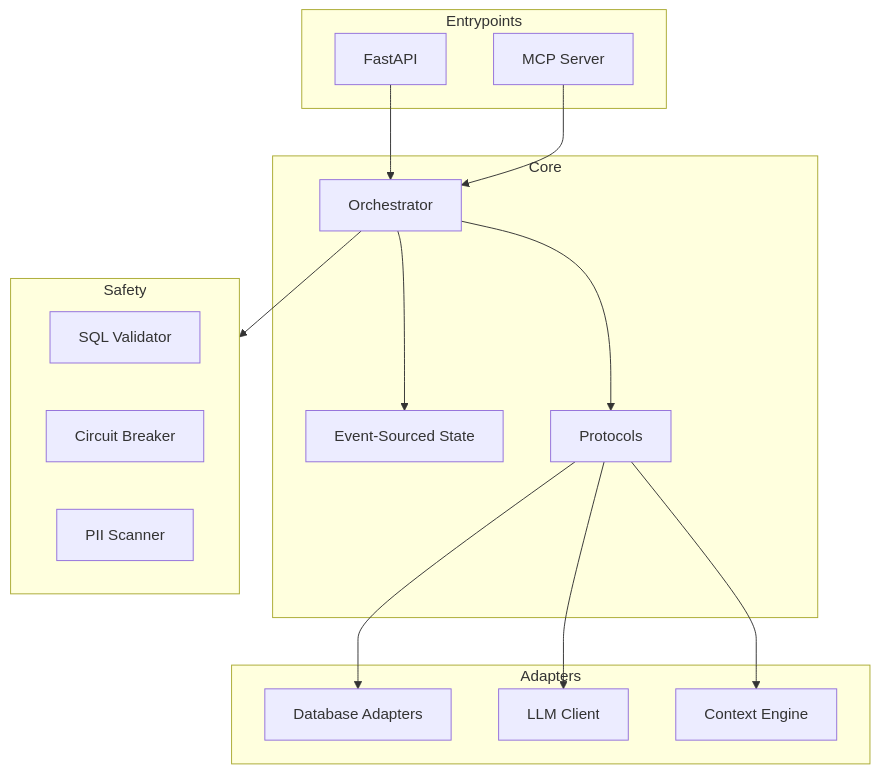
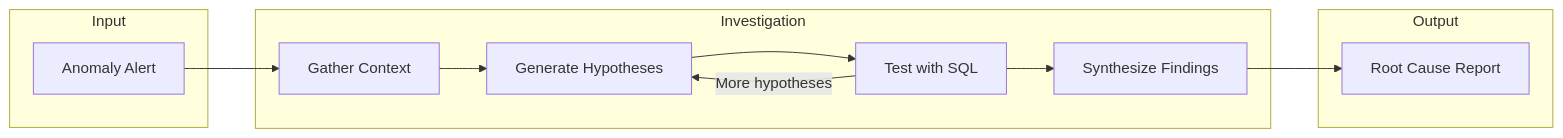
One commit to bordumb/dataing changed the diagram in docs/docs/index.md. Above: the diagram before and after it, drawn with Mermaid. The commit also changed other lines of this file and 3 other files, not shown here.

````diff
--- a/docs/docs/index.md
+++ b/docs/docs/index.md
@@ -20,34 +38,25 @@
 ```mermaid
-graph TB
-    subgraph Entrypoints
-        API[FastAPI]
-        MCP[MCP Server]
+flowchart LR
+    subgraph Input
+        A[Anomaly Alert]
     end
 
-    subgraph Core
-        Orchestrator[Orchestrator]
-        State[Event-Sourced State]
-        Interfaces[Protocols]
+    subgraph Investigation
+        B[Gather Context]
+        C[Generate Hypotheses]
+        D[Test with SQL]
+        E[Synthesize Findings]
     end
 
-    subgraph Adapters
-        DB[Database Adapters]
-        LLM[LLM Client]
-        Context[Context Engine]
+    subgraph Output
+        F[Root Cause Report]
     end
 
-    subgraph Safety
-        Validator[SQL Validator]
-        CB[Circuit Breaker]
-        PII[PII Scanner]
-    end
+    A --> B
+    B --> C
+    C --> D
+    D --> E
+    E --> F
 
-    API --> Orchestrator
-    MCP --> Orchestrator
-    Orchestrator --> State
-    Orchestrator --> Interfaces
-    Interfaces --> DB
-    Interfaces --> LLM
-    Interfaces --> Context
-    Orchestrator --> Safety
+    D -->|More hypotheses| C
 ```
````
